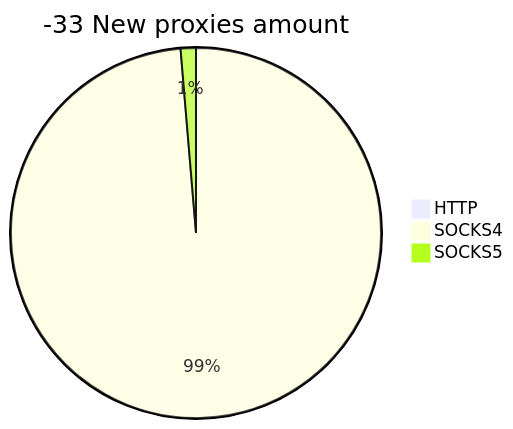
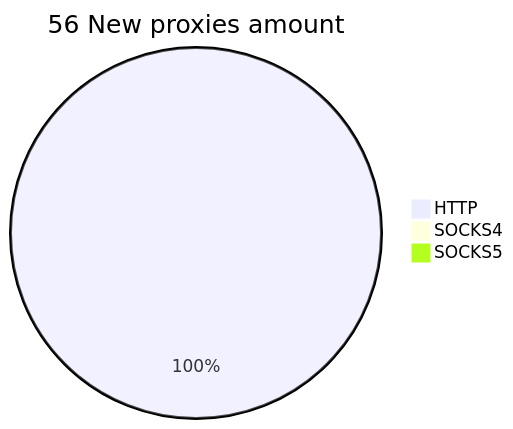
Before and after one commit to cutipu/proxylist: the second of 2 diagrams in README.md, drawn with Mermaid. The commit also changed other lines of this file, not shown here.

````diff
--- a/README.md
+++ b/README.md
@@ -10,6 +10,6 @@
 ```mermaid
-pie title -33 New proxies amount
-    "HTTP" : 0
-    "SOCKS4" : 74
-    "SOCKS5" : 1
+pie title 56 New proxies amount
+    "HTTP" : 57
+    "SOCKS4" : 0
+    "SOCKS5" : 0
 ```
````
